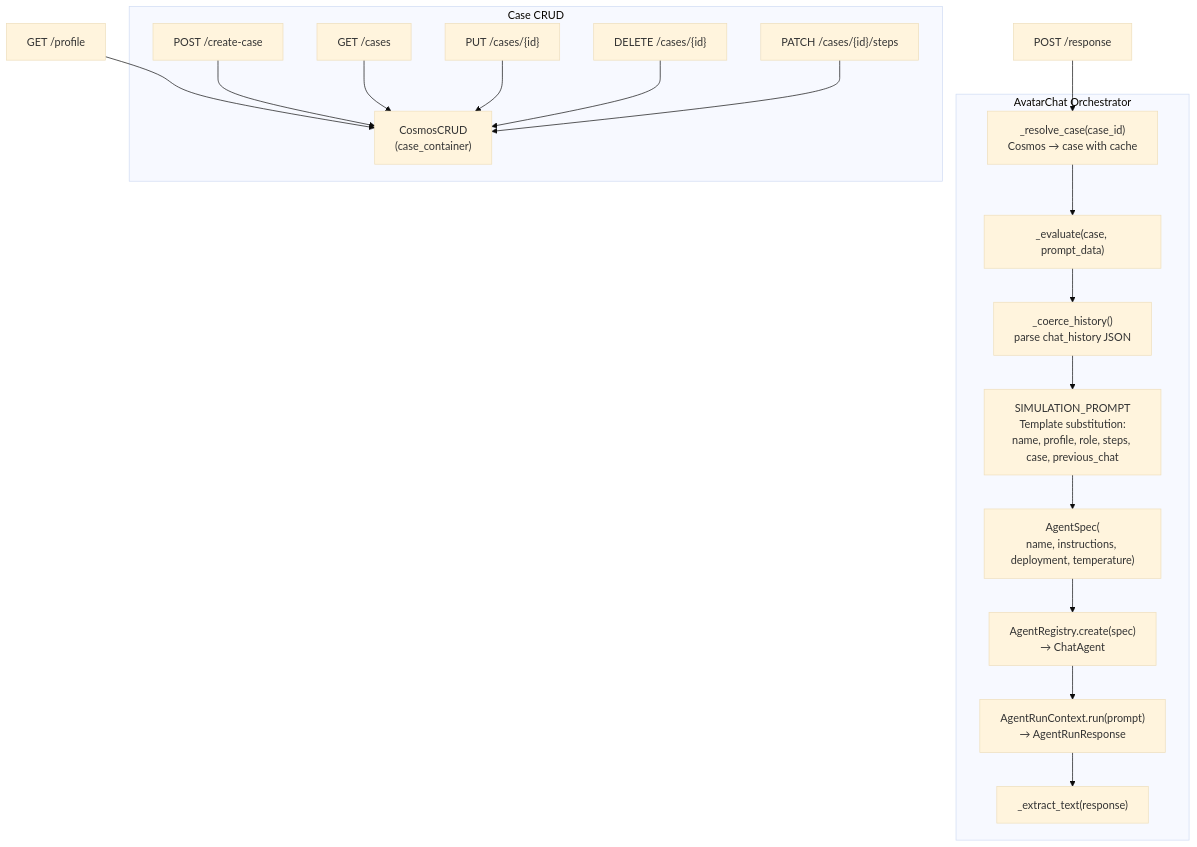
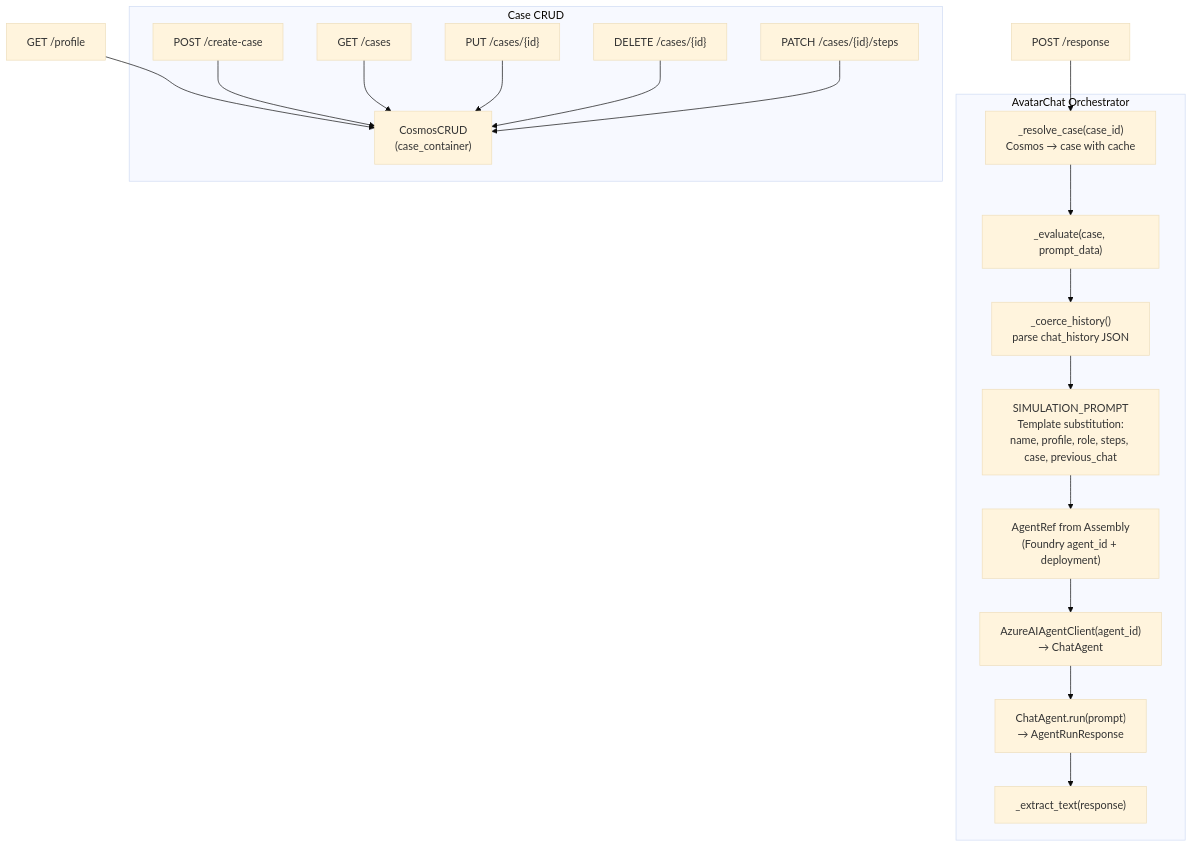
Before and after one commit to Azure-Samples/tutor: diagram 20 of 26 in docs/architecture.md, drawn with Mermaid (base theme). The commit also changed other lines of this file and 43 other files, not shown here.

````diff
--- a/docs/architecture.md
+++ b/docs/architecture.md
@@ -911,36 +918,36 @@
 ```mermaid
 flowchart TD
     API_RESP["POST /response"]
     API_PROF["GET /profile"]
     
     subgraph AvatarChat["AvatarChat Orchestrator"]
         RESOLVE["_resolve_case(case_id)\nCosmos → case with cache"]
         EVALUATE["_evaluate(case, prompt_data)"]
         HISTORY["_coerce_history()\nparse chat_history JSON"]
         SYSTEM_MSG["SIMULATION_PROMPT\nTemplate substitution:\nname, profile, role, steps, case, previous_chat"]
-        AGENT_SPEC["AgentSpec(\nname, instructions, deployment, temperature)"]
-        REGISTRY["AgentRegistry.create(spec)\n→ ChatAgent"]
-        RUN_CTX["AgentRunContext.run(prompt)\n→ AgentRunResponse"]
+        AGENT_SPEC["AgentRef from Assembly\n(Foundry agent_id + deployment)"]
+        REGISTRY["AzureAIAgentClient(agent_id)\n→ ChatAgent"]
+        RUN_CTX["ChatAgent.run(prompt)\n→ AgentRunResponse"]
         EXTRACT["_extract_text(response)"]
     end
 
     subgraph CaseManagement["Case CRUD"]
         CREATE_CASE["POST /create-case"]
         LIST_CASES["GET /cases"]
         UPDATE_CASE["PUT /cases/{id}"]
         DELETE_CASE["DELETE /cases/{id}"]
         PATCH_STEPS["PATCH /cases/{id}/steps"]
         COSMOS_CRUD["CosmosCRUD\n(case_container)"]
     end
 
     API_RESP --> RESOLVE --> EVALUATE
     EVALUATE --> HISTORY --> SYSTEM_MSG
     SYSTEM_MSG --> AGENT_SPEC --> REGISTRY --> RUN_CTX --> EXTRACT
 
     API_PROF --> COSMOS_CRUD
     CREATE_CASE --> COSMOS_CRUD
     LIST_CASES --> COSMOS_CRUD
     UPDATE_CASE --> COSMOS_CRUD
     DELETE_CASE --> COSMOS_CRUD
     PATCH_STEPS --> COSMOS_CRUD
 ```
````
